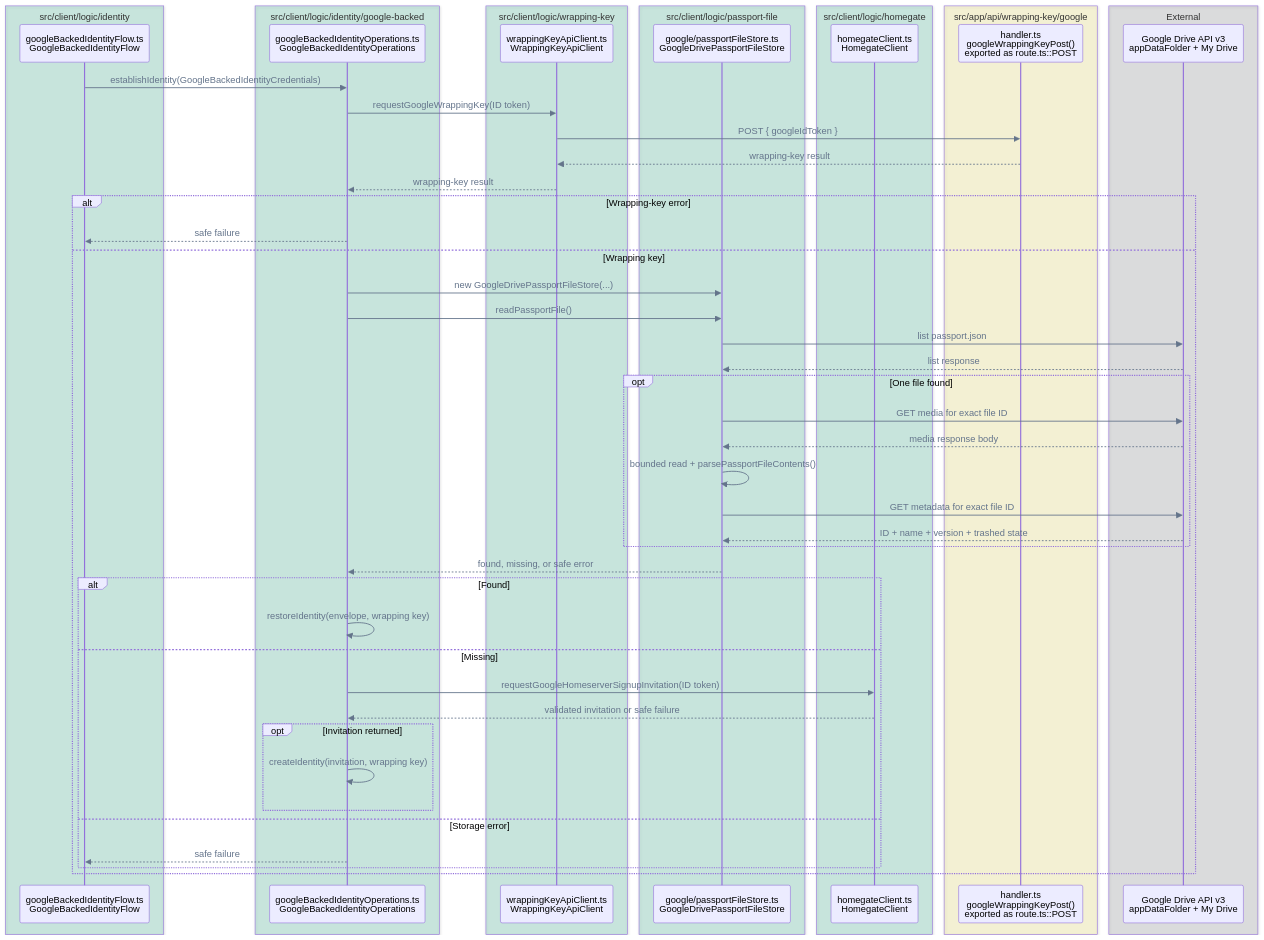
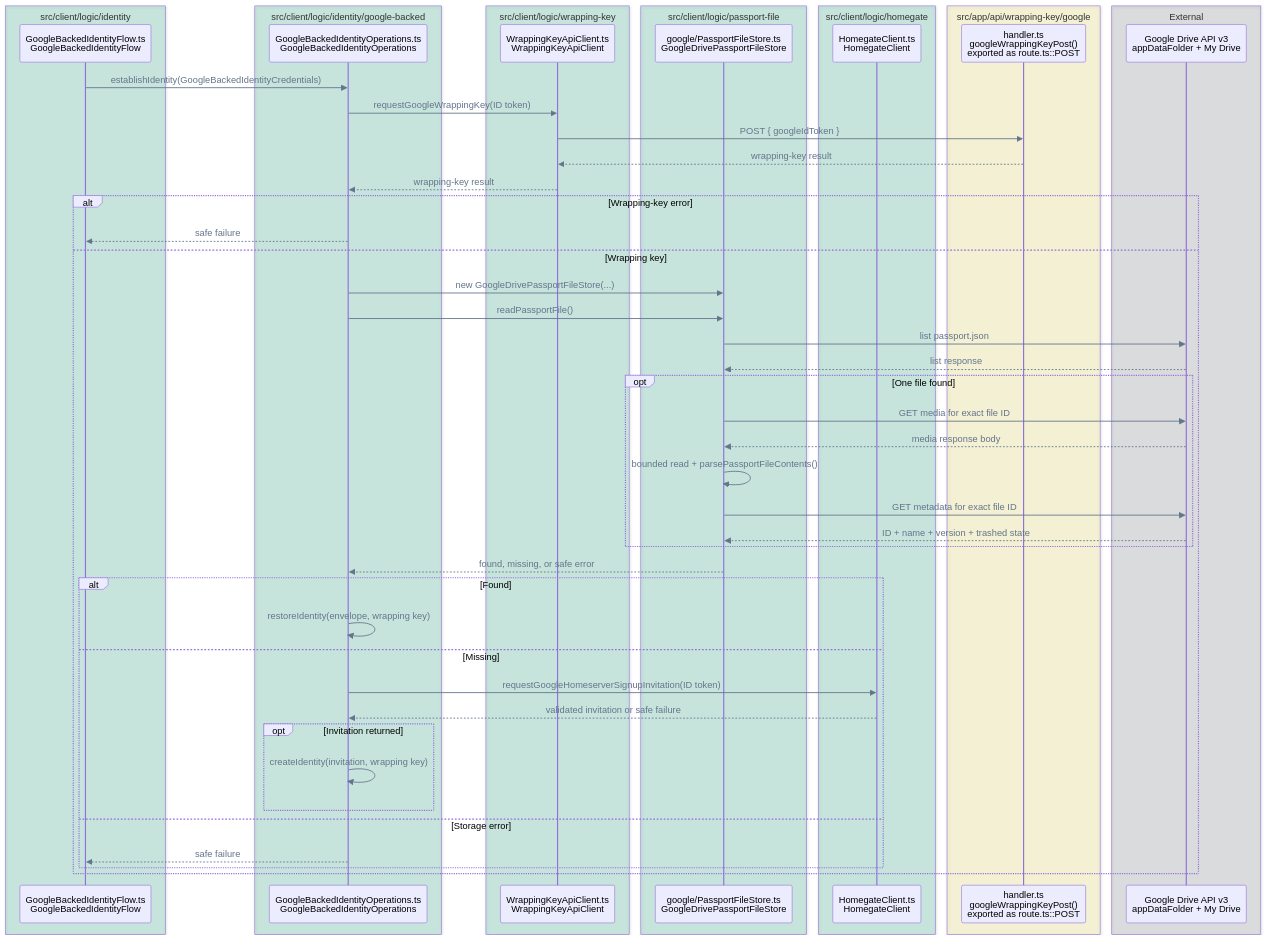
Before and after one commit to pubky/pubky-passport: the eighth of 14 diagrams in FLOWS.md, drawn with Mermaid. The commit also changed other lines of this file and 95 other files, not shown here.

````diff
--- a/FLOWS.md
+++ b/FLOWS.md
@@ -335,60 +335,60 @@
 ```mermaid
 %%{init: {"themeVariables": {"signalColor": "#64748B", "signalTextColor": "#64748B"}}}%%
 sequenceDiagram
     accTitle: Google-backed custody/recovery establishment call flow
     accDescr: GoogleBackedIdentityOperations requests a wrapping key, reads the Google Drive Passport file, and dispatches a found file to restore or requests a Homegate invitation before creating a missing identity, without passing the wrapping key to Drive storage.
     box rgba(0, 158, 115, 0.18) src/client/logic/identity
-        participant GoogleFlow as googleBackedIdentityFlow.ts<br/>GoogleBackedIdentityFlow
+        participant GoogleFlow as GoogleBackedIdentityFlow.ts<br/>GoogleBackedIdentityFlow
     end
     box rgba(0, 158, 115, 0.18) src/client/logic/identity/google-backed
-        participant Operations as googleBackedIdentityOperations.ts<br/>GoogleBackedIdentityOperations
+        participant Operations as GoogleBackedIdentityOperations.ts<br/>GoogleBackedIdentityOperations
     end
     box rgba(0, 158, 115, 0.18) src/client/logic/wrapping-key
-        participant Wrapping as wrappingKeyApiClient.ts<br/>WrappingKeyApiClient
+        participant Wrapping as WrappingKeyApiClient.ts<br/>WrappingKeyApiClient
     end
     box rgba(0, 158, 115, 0.18) src/client/logic/passport-file
-        participant DriveStore as google/passportFileStore.ts<br/>GoogleDrivePassportFileStore
+        participant DriveStore as google/PassportFileStore.ts<br/>GoogleDrivePassportFileStore
     end
     box rgba(0, 158, 115, 0.18) src/client/logic/homegate
-        participant Invite as homegateClient.ts<br/>HomegateClient
+        participant Invite as HomegateClient.ts<br/>HomegateClient
     end
     box rgba(240, 228, 66, 0.18) src/app/api/wrapping-key/google
         participant API as handler.ts<br/>googleWrappingKeyPost()<br/>exported as route.ts::POST
     end
     box rgba(17, 24, 39, 0.12) External
         participant Drive as Google Drive API v3<br/>appDataFolder + My Drive
     end
 
     GoogleFlow->>Operations: establishIdentity(GoogleBackedIdentityCredentials)
     Operations->>Wrapping: requestGoogleWrappingKey(ID token)
     Wrapping->>API: POST { googleIdToken }
     API-->>Wrapping: wrapping-key result
     Wrapping-->>Operations: wrapping-key result
     alt Wrapping-key error
         Operations-->>GoogleFlow: safe failure
     else Wrapping key
         Operations->>DriveStore: new GoogleDrivePassportFileStore(...)
         Operations->>DriveStore: readPassportFile()
         DriveStore->>Drive: list passport.json
         Drive-->>DriveStore: list response
         opt One file found
             DriveStore->>Drive: GET media for exact file ID
             Drive-->>DriveStore: media response body
             DriveStore->>DriveStore: bounded read + parsePassportFileContents()
             DriveStore->>Drive: GET metadata for exact file ID
             Drive-->>DriveStore: ID + name + version + trashed state
         end
         DriveStore-->>Operations: found, missing, or safe error
         alt Found
             Operations->>Operations: restoreIdentity(envelope, wrapping key)
         else Missing
             Operations->>Invite: requestGoogleHomeserverSignupInvitation(ID token)
             Invite-->>Operations: validated invitation or safe failure
             opt Invitation returned
                 Operations->>Operations: createIdentity(invitation, wrapping key)
             end
         else Storage error
             Operations-->>GoogleFlow: safe failure
         end
     end
 ```
````
